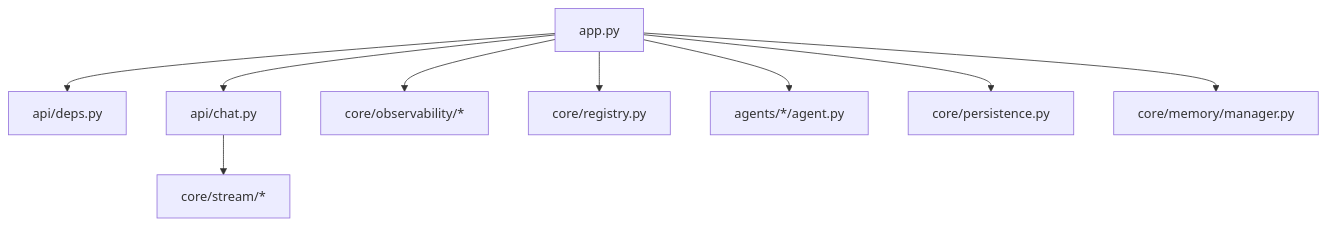
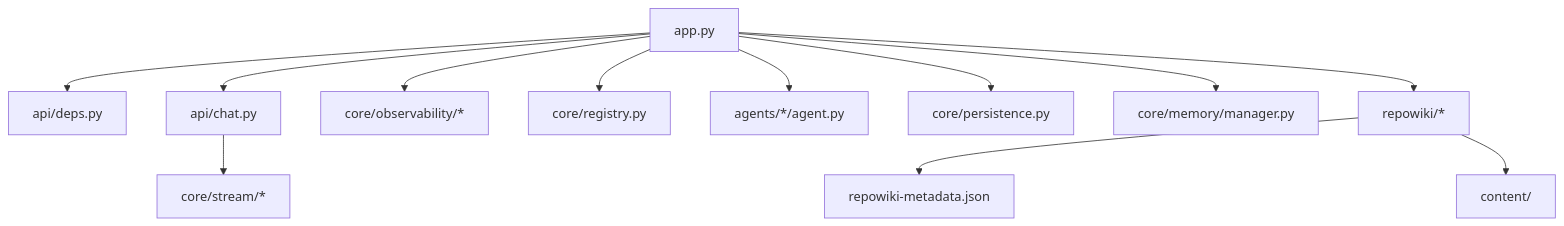
Before and after one commit to YU-JI-KUI/ark-agentic: the tenth of 10 diagrams in repowiki/zh/content/部署与运维/部署与运维.md, drawn with Mermaid. The commit also changed other lines of this file and 10 other files, not shown here.

````diff
--- a/repowiki/zh/content/部署与运维/部署与运维.md
+++ b/repowiki/zh/content/部署与运维/部署与运维.md
@@ -323,11 +401,14 @@
 ```mermaid
 graph TB
 APP["app.py"] --> DEPS["api/deps.py"]
 APP --> CHAT["api/chat.py"]
 CHAT --> STREAM["core/stream/*"]
 APP --> OBS["core/observability/*"]
 APP --> REG["core/registry.py"]
 APP --> AGENT["agents/*/agent.py"]
 APP --> PERSIST["core/persistence.py"]
 APP --> MEM["core/memory/manager.py"]
+APP --> WIKI["repowiki/*"]
+WIKI --> META["repowiki-metadata.json"]
+WIKI --> CONTENT["content/"]
 ```
````
